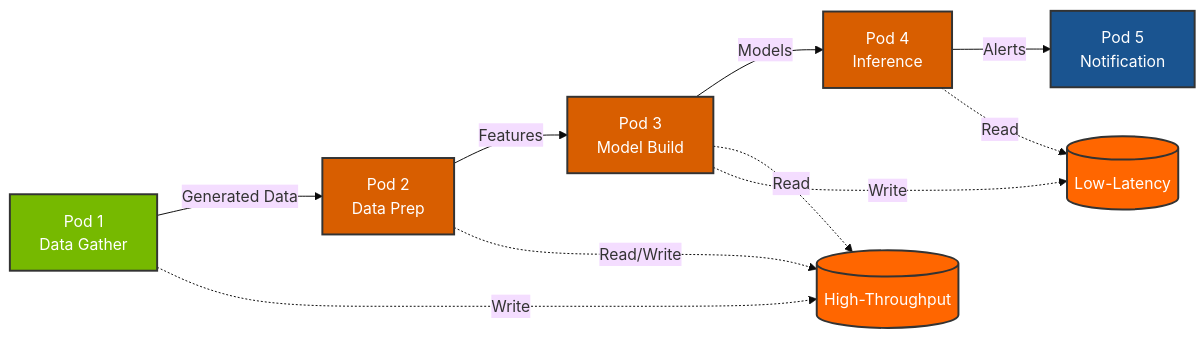
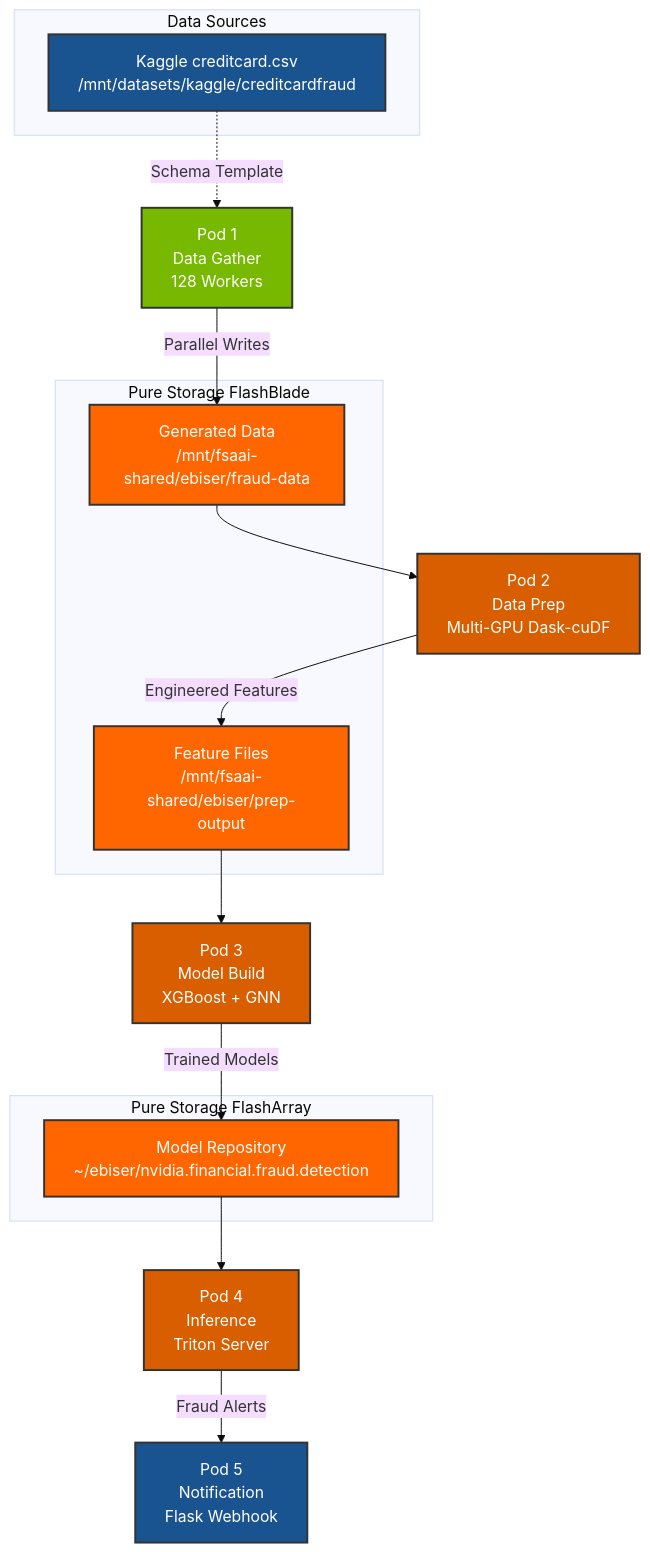
One commit to PureStorage-OpenConnect/fraud-detection-demo changed the diagram in README.md. Above: the diagram before and after it, drawn with Mermaid (base theme). The commit also changed other lines of this file and 3 other files, not shown here.

Commit message:
adding Dask-cuDF for GPU parallel processing

````diff
--- a/README.md
+++ b/README.md
@@ -16,21 +22,34 @@
 ```mermaid
-graph LR
-    A[Pod 1<br/>Data Gather] -->|Generated Data| B[Pod 2<br/>Data Prep]
-    B -->|Features| C[Pod 3<br/>Model Build]
-    C -->|Models| D[Pod 4<br/>Inference]
-    D -->|Alerts| E[Pod 5<br/>Notification]
+graph TB
+    subgraph "Data Sources"
+        KAGGLE[Kaggle creditcard.csv<br/>/mnt/datasets/kaggle/creditcardfraud]
+    end
     
-    A -.->|Write| FB[(High-Throughput)]
-    B -.->|Read/Write| FB
-    C -.->|Read| FB
-    C -.->|Write| FA[(Low-Latency)]
-    D -.->|Read| FA
+    subgraph "Pure Storage FlashBlade"
+        FB_OUT[Generated Data<br/>/mnt/fsaai-shared/ebiser/fraud-data]
+        FB_PREP[Feature Files<br/>/mnt/fsaai-shared/ebiser/prep-output]
+    end
+    
+    subgraph "Pure Storage FlashArray"
+        FA[Model Repository<br/>~/ebiser/nvidia.financial.fraud.detection]
+    end
+    
+    KAGGLE -.->|Schema Template| A[Pod 1<br/>Data Gather<br/>128 Workers]
+    A -->|Parallel Writes| FB_OUT
+    FB_OUT --> B[Pod 2<br/>Data Prep<br/>Multi-GPU Dask-cuDF]
+    B -->|Engineered Features| FB_PREP
+    FB_PREP --> C[Pod 3<br/>Model Build<br/>XGBoost + GNN]
+    C -->|Trained Models| FA
+    FA --> D[Pod 4<br/>Inference<br/>Triton Server]
+    D -->|Fraud Alerts| E[Pod 5<br/>Notification<br/>Flask Webhook]
     
     style A fill:#76B900,stroke:#333,stroke-width:2px,color:#fff
     style B fill:#d85e00,stroke:#333,stroke-width:2px,color:#fff
     style C fill:#d85e00,stroke:#333,stroke-width:2px,color:#fff
     style D fill:#d85e00,stroke:#333,stroke-width:2px,color:#fff
     style E fill:#1a5490,stroke:#333,stroke-width:2px,color:#fff
-    style FB fill:#FF6600,stroke:#333,stroke-width:2px,color:#fff
+    style KAGGLE fill:#1a5490,stroke:#333,stroke-width:2px,color:#fff
+    style FB_OUT fill:#FF6600,stroke:#333,stroke-width:2px,color:#fff
+    style FB_PREP fill:#FF6600,stroke:#333,stroke-width:2px,color:#fff
     style FA fill:#FF6600,stroke:#333,stroke-width:2px,color:#fff
 ```
````
